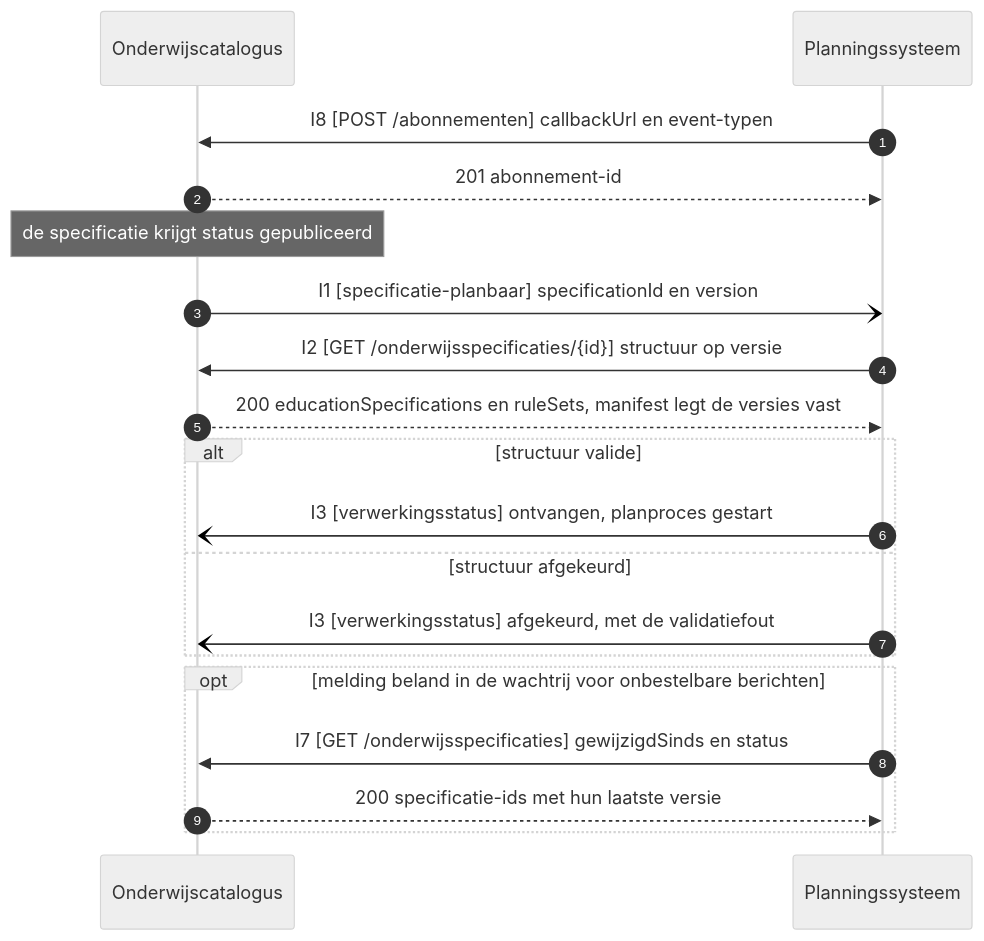
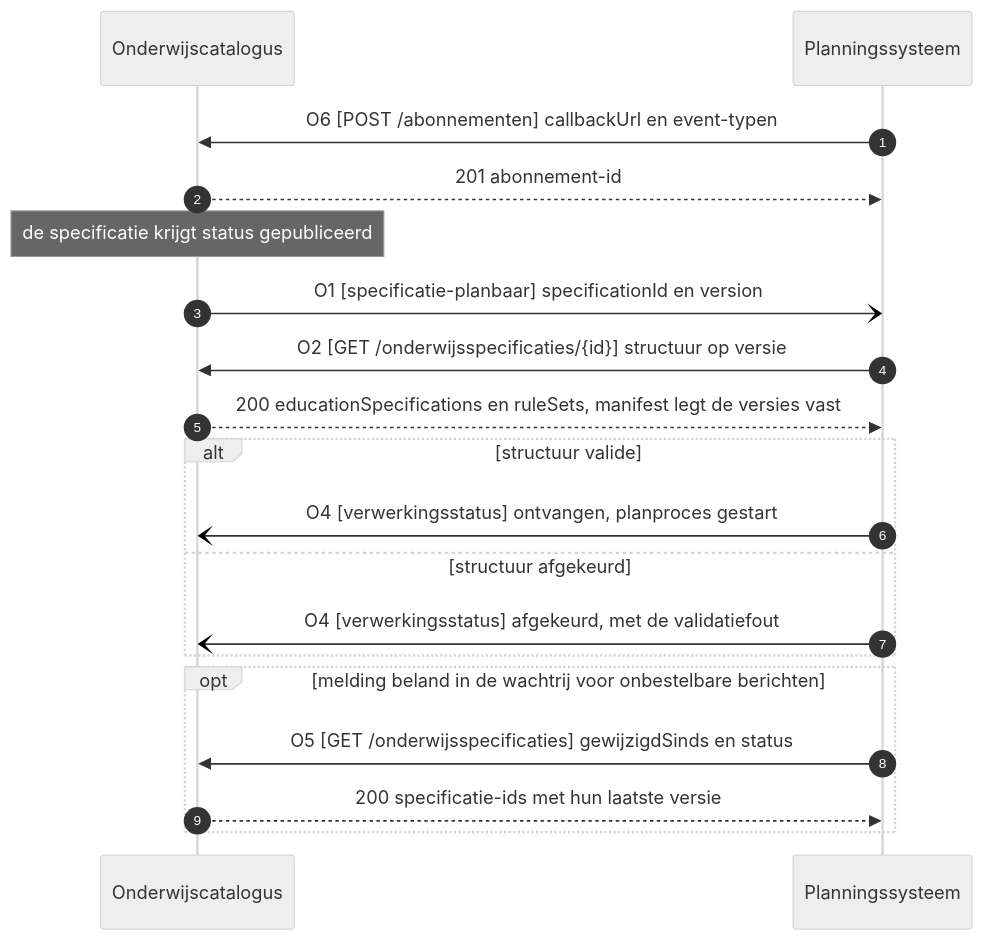
One commit to Npuls-OKx/meta changed the first of 10 diagrams in architecture/docs/specificatie/interactie-onderwijsaanbod/is-oa-03.md. Above: the diagram before and after it, drawn with Mermaid (neutral theme). The commit also changed other lines of this file and 8 other files, not shown here.

````diff
--- a/architecture/docs/specificatie/interactie-onderwijsaanbod/is-oa-03.md
+++ b/architecture/docs/specificatie/interactie-onderwijsaanbod/is-oa-03.md
@@ -28,22 +42,22 @@
 ```mermaid
 sequenceDiagram
     autonumber
     participant OC as Onderwijscatalogus
     participant PL as Planningssysteem
 
-    PL->>OC: I8 [POST /abonnementen] callbackUrl en event-typen
+    PL->>OC: O6 [POST /abonnementen] callbackUrl en event-typen
     OC-->>PL: 201 abonnement-id
     Note over OC: de specificatie krijgt status gepubliceerd
-    OC-)PL: I1 [specificatie-planbaar] specificationId en version
-    PL->>OC: I2 [GET /onderwijsspecificaties/{id}] structuur op versie
+    OC-)PL: O1 [specificatie-planbaar] specificationId en version
+    PL->>OC: O2 [GET /onderwijsspecificaties/{id}] structuur op versie
     OC-->>PL: 200 educationSpecifications en ruleSets, manifest legt de versies vast
     alt structuur valide
-        PL-)OC: I3 [verwerkingsstatus] ontvangen, planproces gestart
+        PL-)OC: O4 [verwerkingsstatus] ontvangen, planproces gestart
     else structuur afgekeurd
-        PL-)OC: I3 [verwerkingsstatus] afgekeurd, met de validatiefout
+        PL-)OC: O4 [verwerkingsstatus] afgekeurd, met de validatiefout
     end
     opt melding beland in de wachtrij voor onbestelbare berichten
-        PL->>OC: I7 [GET /onderwijsspecificaties] gewijzigdSinds en status
+        PL->>OC: O5 [GET /onderwijsspecificaties] gewijzigdSinds en status
         OC-->>PL: 200 specificatie-ids met hun laatste versie
     end
 ```
````
